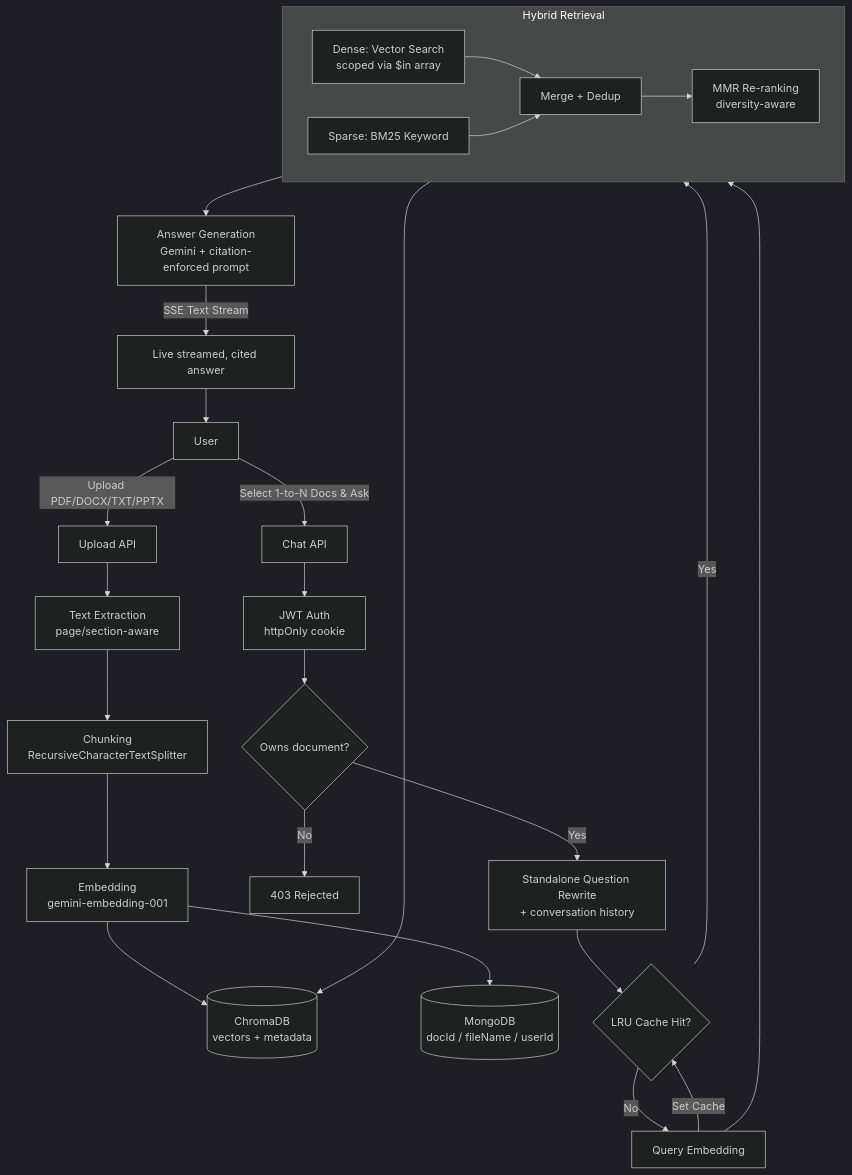
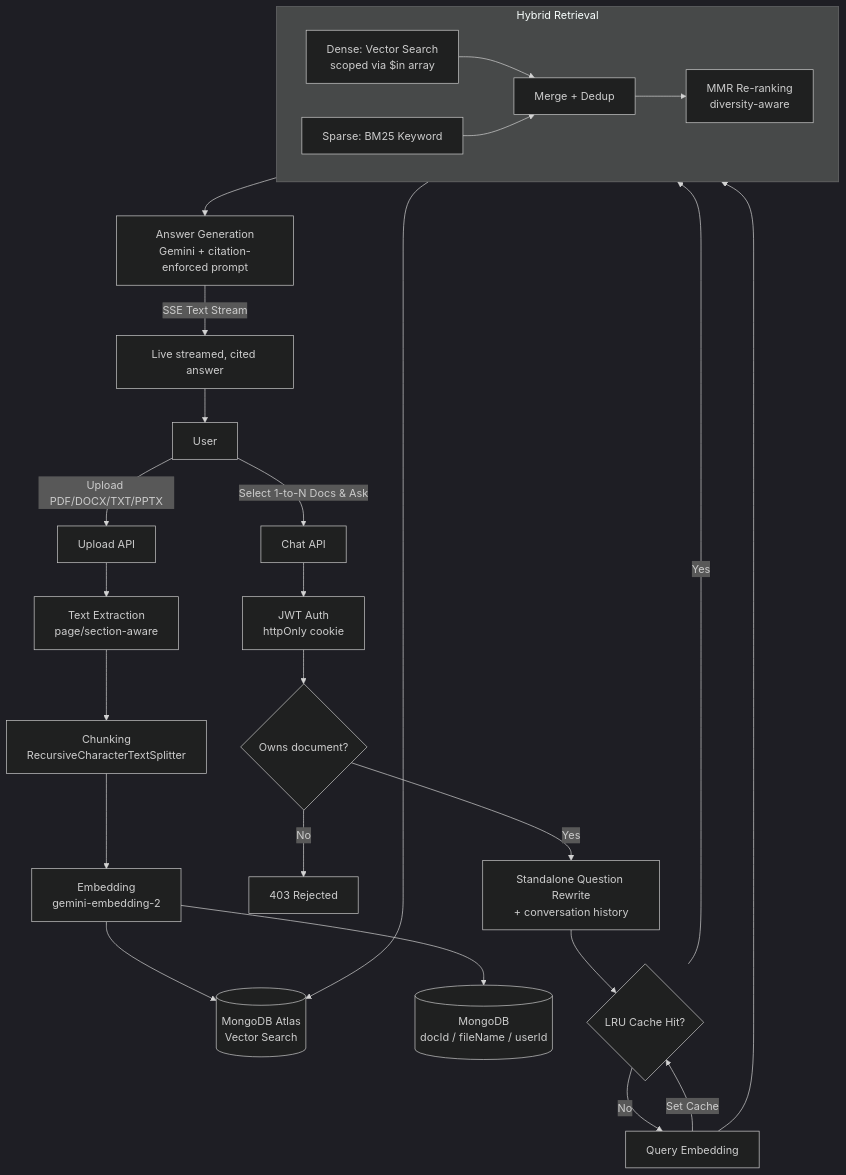
One commit to MOHIT5135/RAG_app changed the diagram in README.md. Above: the diagram before and after it, drawn with Mermaid (dark theme). The commit also changed other lines of this file and 4 other files, not shown here.

````diff
--- a/README.md
+++ b/README.md
@@ -11,34 +13,34 @@
 ```mermaid
 flowchart TD
     U[User] -->|Upload PDF/DOCX/TXT/PPTX| UP[Upload API]
     UP --> EX[Text Extraction<br/>page/section-aware]
     EX --> CH[Chunking<br/>RecursiveCharacterTextSplitter]
-    CH --> EMB[Embedding<br/>gemini-embedding-001]
-    EMB --> VDB[(ChromaDB<br/>vectors + metadata)]
+    CH --> EMB[Embedding<br/>gemini-embedding-2]
+    EMB --> VDB[(MongoDB Atlas<br/>Vector Search)]
     EMB --> MDB[(MongoDB<br/>docId / fileName / userId)]
 
     U -->|Select 1-to-N Docs & Ask| Q[Chat API]
     Q --> AUTH[JWT Auth<br/>httpOnly cookie]
     AUTH --> OWN{Owns document?}
     OWN -->|No| REJECT[403 Rejected]
     OWN -->|Yes| RW[Standalone Question Rewrite<br/>+ conversation history]
     
     RW --> CACHE{LRU Cache Hit?}
     CACHE -->|Yes| HYBRID
     CACHE -->|No| EMBQ[Query Embedding]
     EMBQ -->|Set Cache| CACHE
     
     EMBQ --> HYBRID[Hybrid Retrieval]
 
     subgraph HYBRID[Hybrid Retrieval]
         direction LR
         VEC[Dense: Vector Search<br/>scoped via $in array] --> MERGE[Merge + Dedup]
         BM25[Sparse: BM25 Keyword] --> MERGE
         MERGE --> MMR[MMR Re-ranking<br/>diversity-aware]
     end
 
     HYBRID --> VDB
     MMR --> GEN[Answer Generation<br/>Gemini + citation-enforced prompt]
     GEN -->|SSE Text Stream| RESP[Live streamed, cited answer]
     RESP --> U
 ```
````
